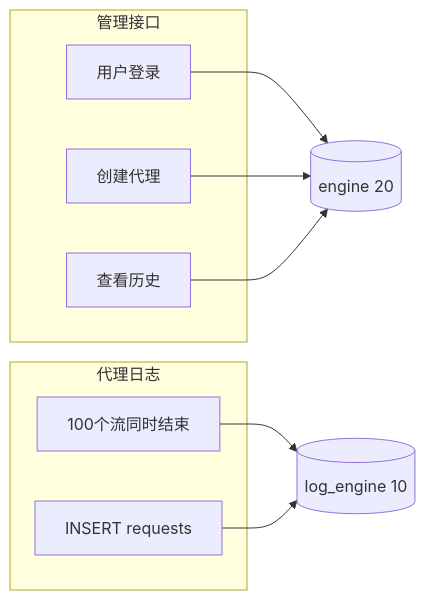
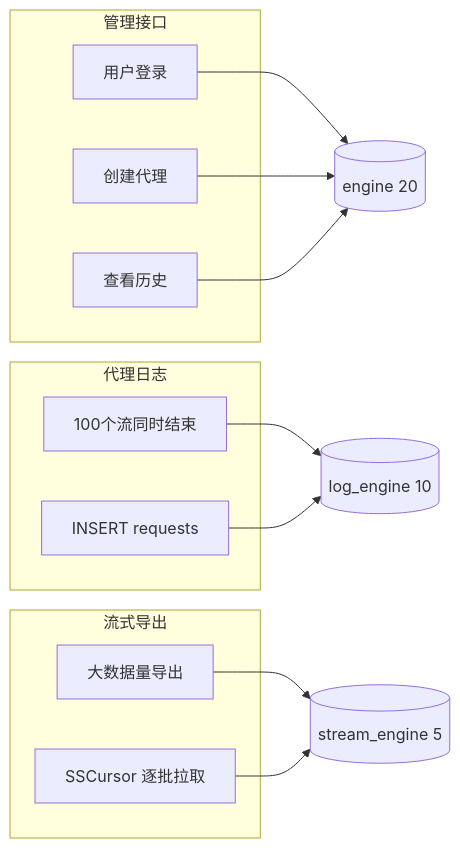
Before and after one commit to HaoCheng-Wang/llm-proxy: the eighth of 13 diagrams in README.md, drawn with Mermaid. The commit also changed other lines of this file and 5 other files, not shown here.

````diff
--- a/README.md
+++ b/README.md
@@ -354,17 +361,23 @@
 ```mermaid
 flowchart LR
     subgraph 管理接口
         A[用户登录]
         B[创建代理]
         C[查看历史]
     end
     subgraph 代理日志
         D[100个流同时结束]
         E[INSERT requests]
     end
+    subgraph 流式导出
+        F[大数据量导出]
+        G[SSCursor 逐批拉取]
+    end
     A --> engine[(engine 20)]
     B --> engine
     C --> engine
     D --> log[(log_engine 10)]
     E --> log
+    F --> stream[(stream_engine 5)]
+    G --> stream
 ```
````
